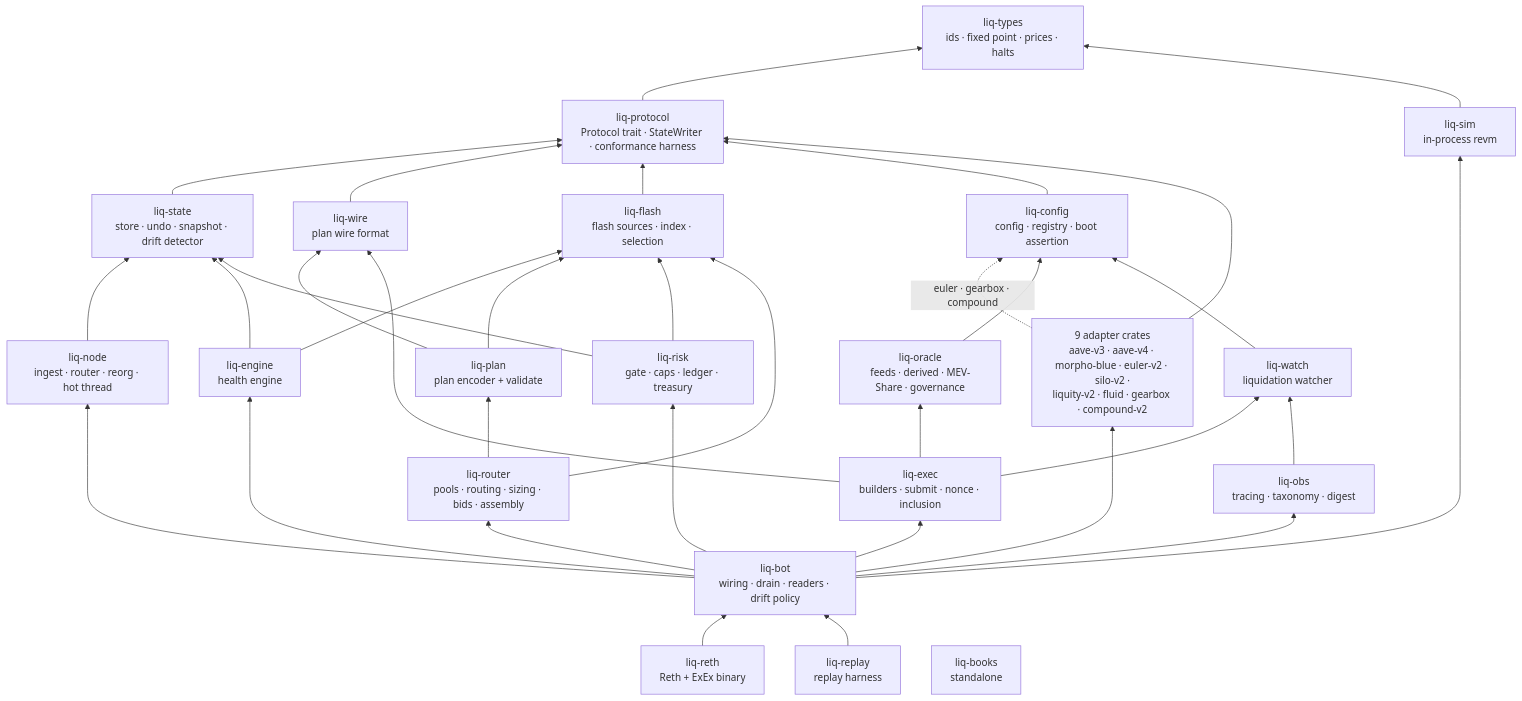
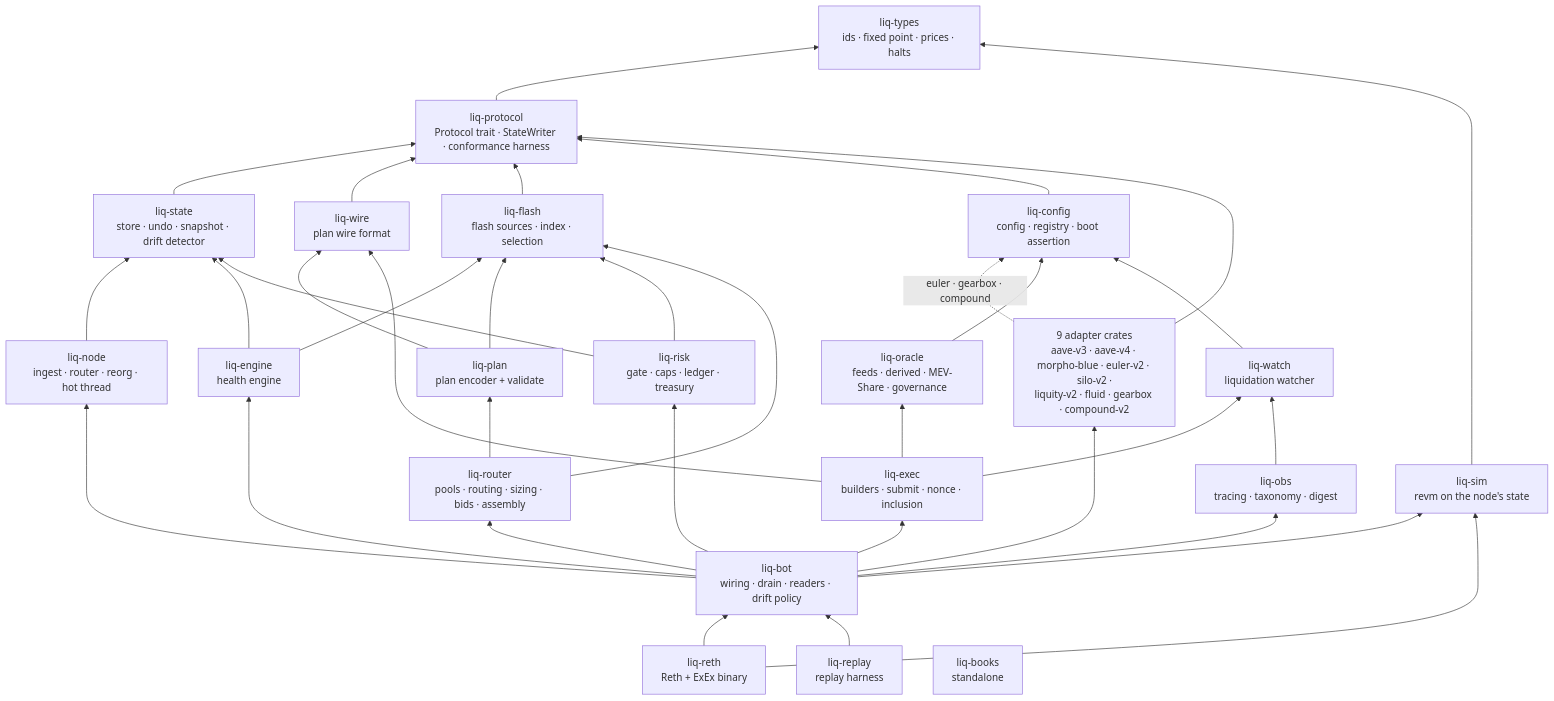
Before and after one commit to appCryptoCrucible/liquidation: the ninth of 9 diagrams in README.md, drawn with Mermaid. The commit also changed other lines of this file and 58 other files, not shown here.

````diff
--- a/README.md
+++ b/README.md
@@ -408,58 +420,59 @@
 ```mermaid
 flowchart BT
     TYPES["liq-types<br/>ids · fixed point · prices · halts"]
     PROTO["liq-protocol<br/>Protocol trait · StateWriter · conformance harness"]
     STATEC["liq-state<br/>store · undo · snapshot · drift detector"]
     WIRE["liq-wire<br/>plan wire format"]
     FLASHC["liq-flash<br/>flash sources · index · selection"]
     CONFIG["liq-config<br/>config · registry · boot assertion"]
-    SIM["liq-sim<br/>in-process revm"]
+    SIM["liq-sim<br/>revm on the node's state"]
     ADAPT["9 adapter crates<br/>aave-v3 · aave-v4 · morpho-blue · euler-v2 · silo-v2 ·<br/>liquity-v2 · fluid · gearbox · compound-v2"]
     NODE["liq-node<br/>ingest · router · reorg · hot thread"]
     ENGINE["liq-engine<br/>health engine"]
     PLAN["liq-plan<br/>plan encoder + validate"]
     RISKC["liq-risk<br/>gate · caps · ledger · treasury"]
     ORACLE["liq-oracle<br/>feeds · derived · MEV-Share · governance"]
     WATCHC["liq-watch<br/>liquidation watcher"]
     ROUTER["liq-router<br/>pools · routing · sizing · bids · assembly"]
     EXECC["liq-exec<br/>builders · submit · nonce · inclusion"]
     OBS["liq-obs<br/>tracing · taxonomy · digest"]
     BOTC["liq-bot<br/>wiring · drain · readers · drift policy"]
     RETHC["liq-reth<br/>Reth + ExEx binary"]
     REPLAYC["liq-replay<br/>replay harness"]
     BOOKSC["liq-books<br/>standalone"]
 
     PROTO --> TYPES
     STATEC --> PROTO
     WIRE --> PROTO
     FLASHC --> PROTO
     CONFIG --> PROTO
     SIM --> TYPES
     ADAPT --> PROTO
     ADAPT -.->|"euler · gearbox · compound"| CONFIG
     NODE --> STATEC
     ENGINE --> STATEC
     ENGINE --> FLASHC
     PLAN --> WIRE
     PLAN --> FLASHC
     RISKC --> STATEC
     RISKC --> FLASHC
     ORACLE --> CONFIG
     WATCHC --> CONFIG
     ROUTER --> PLAN
     ROUTER --> FLASHC
     EXECC --> WIRE
     EXECC --> ORACLE
     EXECC --> WATCHC
     OBS --> WATCHC
     BOTC --> ADAPT
     BOTC --> NODE
     BOTC --> ENGINE
     BOTC --> ROUTER
     BOTC --> EXECC
     BOTC --> RISKC
     BOTC --> OBS
     BOTC --> SIM
     RETHC --> BOTC
+    RETHC --> SIM
     REPLAYC --> BOTC
 ```
````
